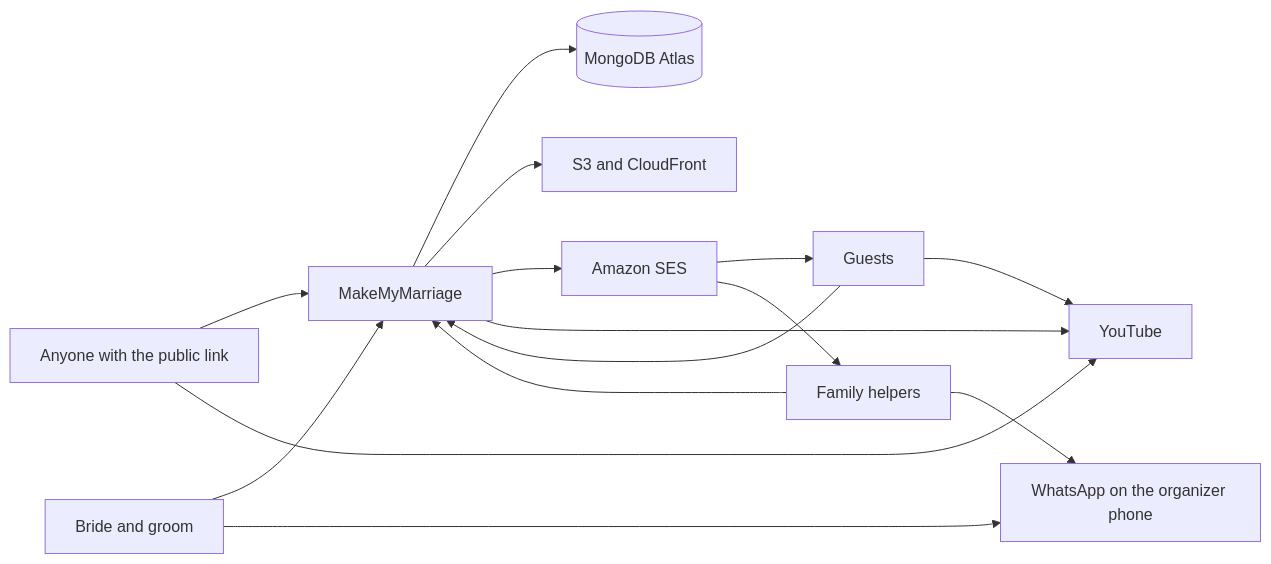
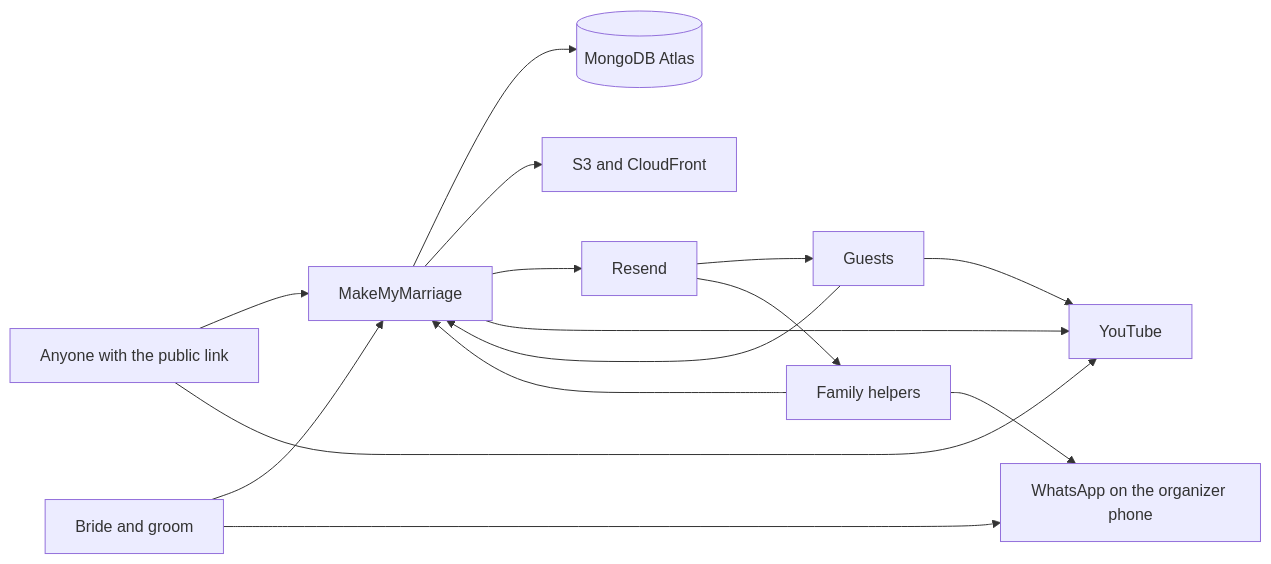
The first of 5 diagrams in docs/architecture.md (Manishpant01/make-my-marriage), drawn with Mermaid before and after one commit. The commit also changed other lines of this file and 53 other files, not shown here.

````diff
--- a/docs/architecture.md
+++ b/docs/architecture.md
@@ -45,28 +45,28 @@
 ```mermaid
 flowchart LR
   couple[Bride and groom]
   helpers[Family helpers]
   guests[Guests]
   visitors[Anyone with the public link]
   app[MakeMyMarriage]
   atlas[(MongoDB Atlas)]
   photos[S3 and CloudFront]
-  ses[Amazon SES]
+  resend[Resend]
   yt[YouTube]
   wa[WhatsApp on the organizer phone]
 
   couple --> app
   helpers --> app
   guests --> app
   visitors --> app
   app --> atlas
   app --> photos
-  app --> ses
-  ses --> guests
-  ses --> helpers
+  app --> resend
+  resend --> guests
+  resend --> helpers
   app --> yt
   visitors --> yt
   guests --> yt
   couple --> wa
   helpers --> wa
 ```
````
